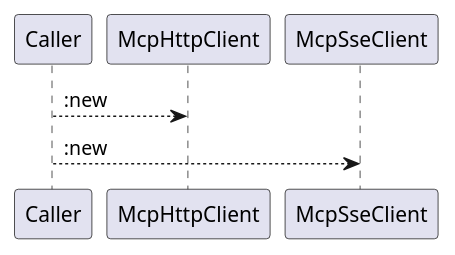
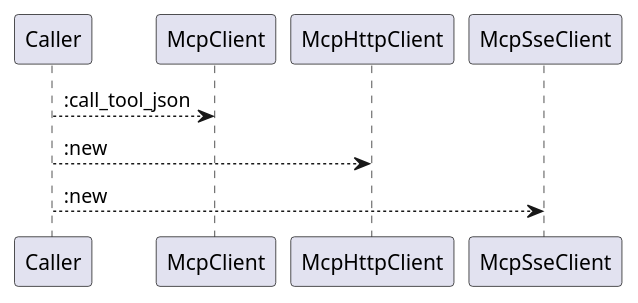
Before and after one commit to lgcorzo/rust_CACD_autonomous_factory: the fifth of 6 diagrams in openwiki/crates_factory_infrastructure_src_mcp_client.md, drawn with PlantUML. The commit also changed other lines of this file and 96 other files, not shown here.

````diff
--- a/openwiki/crates_factory_infrastructure_src_mcp_client.md
+++ b/openwiki/crates_factory_infrastructure_src_mcp_client.md
@@ -203,7 +233,8 @@
 ```plantuml
 @startuml
+Caller --> McpClient::call_tool_json
 Caller --> McpHttpClient::new
 Caller --> McpSseClient::new
 @enduml
 
 ```
````
